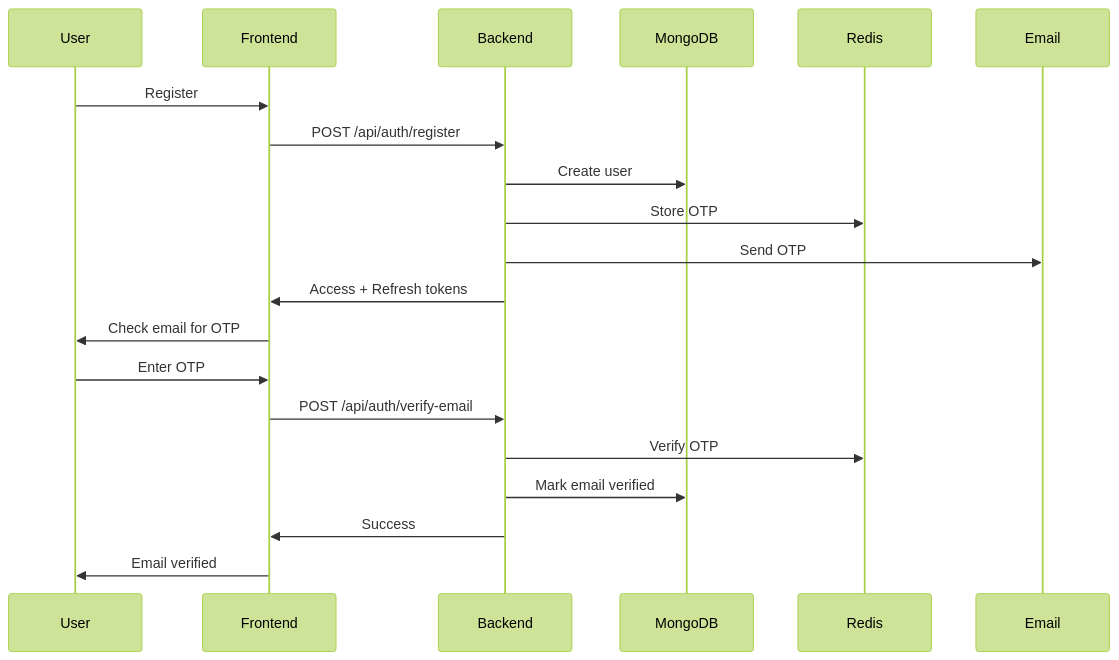
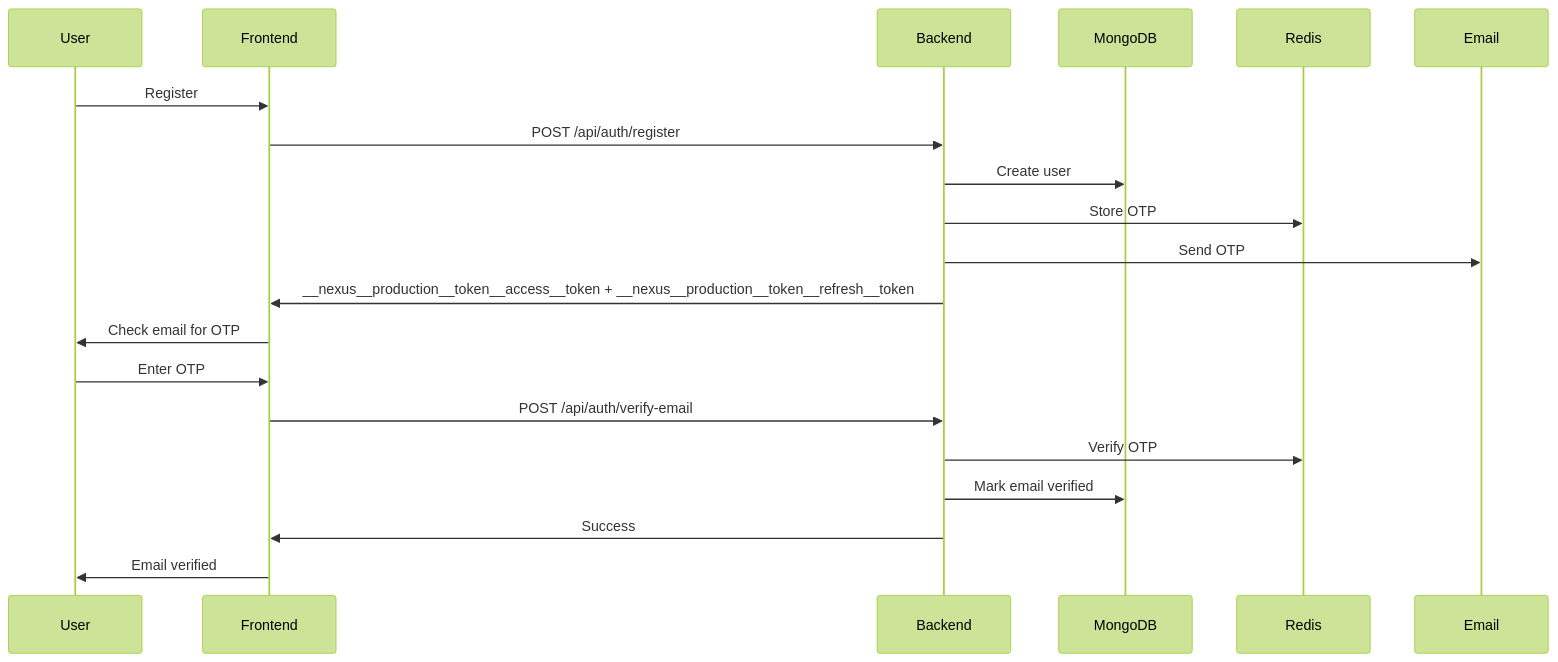
Before and after one commit to shahadot786/fullstack-master-repo: the diagram in README.md, drawn with Mermaid (forest theme). The commit also changed other lines of this file and 16 other files, not shown here.

````diff
--- a/README.md
+++ b/README.md
@@ -549,24 +558,24 @@
 ```mermaid
 sequenceDiagram
     participant User
     participant Frontend
     participant Backend
     participant MongoDB
     participant Redis
     participant Email
 
     User->>Frontend: Register
     Frontend->>Backend: POST /api/auth/register
     Backend->>MongoDB: Create user
     Backend->>Redis: Store OTP
     Backend->>Email: Send OTP
-    Backend->>Frontend: Access + Refresh tokens
+    Backend->>Frontend: __nexus__production__token__access__token + __nexus__production__token__refresh__token
     Frontend->>User: Check email for OTP
 
     User->>Frontend: Enter OTP
     Frontend->>Backend: POST /api/auth/verify-email
     Backend->>Redis: Verify OTP
     Backend->>MongoDB: Mark email verified
     Backend->>Frontend: Success
     Frontend->>User: Email verified
 ```
````
